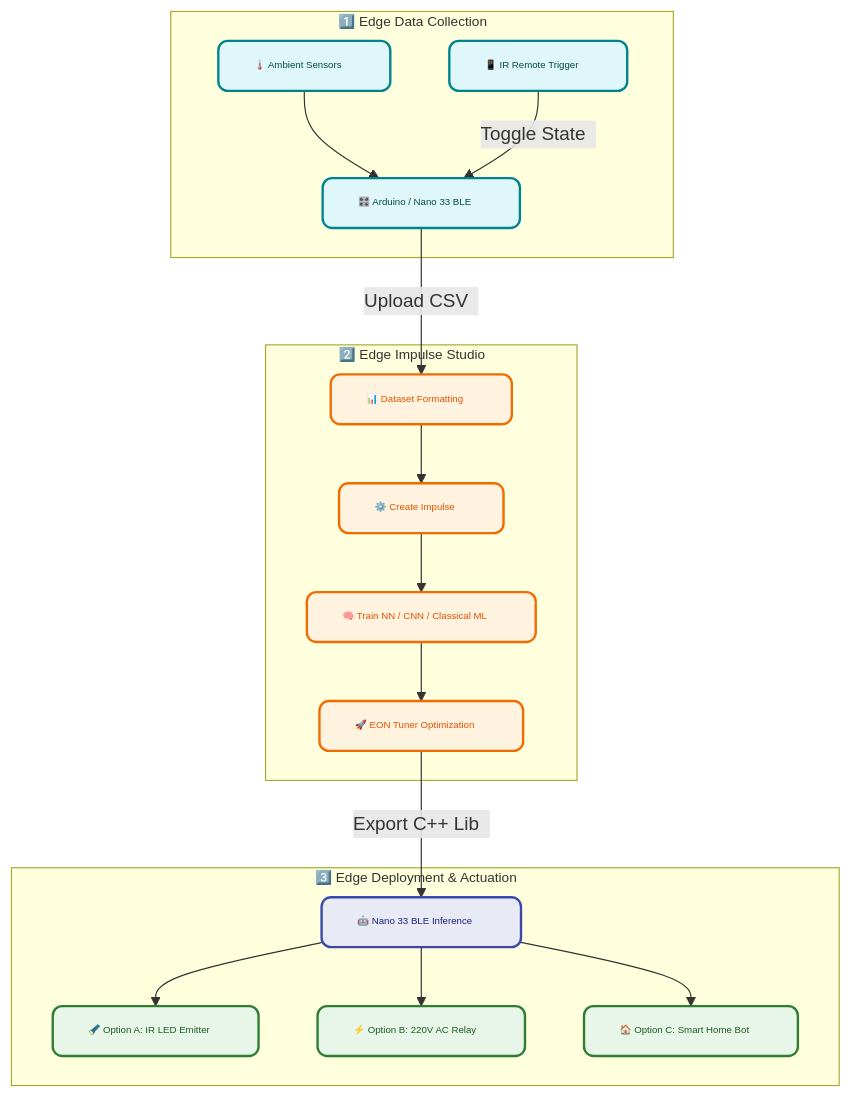
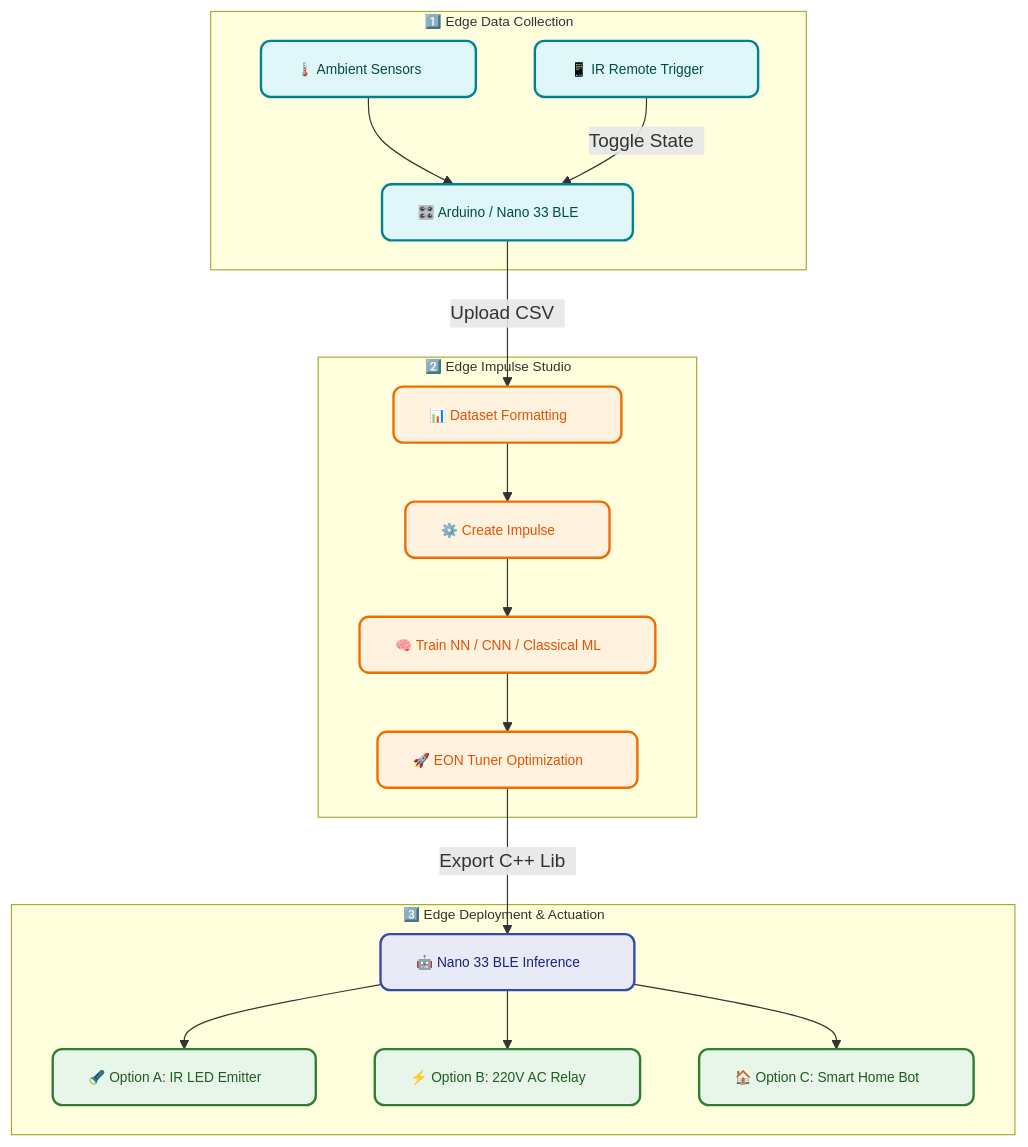
The second of 2 diagrams in README.md (antor44/Acquisition4microcontrollers), drawn with Mermaid before and after one commit. The commit also changed other lines of this file, not shown here.

````diff
--- a/README.md
+++ b/README.md
@@ -128,34 +128,34 @@
 ```mermaid
 flowchart TD
     subgraph Phase1 ["1️⃣ Edge Data Collection&nbsp;&nbsp;&nbsp;&nbsp;&nbsp;"]
         S["🌡️ Ambient Sensors&nbsp;&nbsp;&nbsp;&nbsp;&nbsp;"] --> MCU1["🎛️ Arduino / Nano 33 BLE&nbsp;&nbsp;&nbsp;&nbsp;&nbsp;"]
         IR["📱 IR Remote Trigger&nbsp;&nbsp;&nbsp;&nbsp;&nbsp;"] -->|"Toggle State&nbsp;&nbsp;"| MCU1
     end
 
     subgraph Phase2 ["2️⃣ Edge Impulse Studio&nbsp;&nbsp;&nbsp;&nbsp;&nbsp;"]
         MCU1 -->|"Upload CSV&nbsp;&nbsp;"| EI_D["📊 Dataset Formatting&nbsp;&nbsp;&nbsp;&nbsp;&nbsp;"]
         EI_D --> EI_I["⚙️ Create Impulse&nbsp;&nbsp;&nbsp;&nbsp;&nbsp;"]
         EI_I --> EI_T["🧠 Train NN / CNN / Classical ML&nbsp;&nbsp;&nbsp;&nbsp;&nbsp;"]
         EI_T --> EI_O["🚀 EON Tuner Optimization&nbsp;&nbsp;&nbsp;&nbsp;&nbsp;"]
     end
 
     subgraph Phase3 ["3️⃣ Edge Deployment & Actuation&nbsp;&nbsp;&nbsp;&nbsp;&nbsp;"]
         EI_O -->|"Export C++ Lib&nbsp;&nbsp;"| MCU2["🤖 Nano 33 BLE Inference&nbsp;&nbsp;&nbsp;&nbsp;&nbsp;"]
         MCU2 --> ACT1["🔦 Option A: IR LED Emitter&nbsp;&nbsp;&nbsp;&nbsp;&nbsp;"]
         MCU2 --> ACT2["⚡ Option B: 220V AC Relay&nbsp;&nbsp;&nbsp;&nbsp;&nbsp;"]
         MCU2 --> ACT3["🏠 Option C: Smart Home Bot&nbsp;&nbsp;&nbsp;&nbsp;&nbsp;"]
     end
 
-    classDef default font-size:80%;
-    classDef edge fill:#e0f7fa,stroke:#00838f,stroke-width:2px,color:#004d40,font-size:80%,rx:8px,ry:8px;
-    classDef cloud fill:#fff3e0,stroke:#ef6c00,stroke-width:2px,color:#e65100,font-size:80%,rx:8px,ry:8px;
-    classDef deploy fill:#e8eaf6,stroke:#3949ab,stroke-width:2px,color:#1a237e,font-size:80%,rx:8px,ry:8px;
-    classDef actuator fill:#e8f5e9,stroke:#2e7d32,stroke-width:2px,color:#1b5e20,font-size:80%,rx:8px,ry:8px;
+    classDef default font-size:90%;
+    classDef edge fill:#e0f7fa,stroke:#00838f,stroke-width:2px,color:#004d40,font-size:90%,rx:8px,ry:8px;
+    classDef cloud fill:#fff3e0,stroke:#ef6c00,stroke-width:2px,color:#e65100,font-size:90%,rx:8px,ry:8px;
+    classDef deploy fill:#e8eaf6,stroke:#3949ab,stroke-width:2px,color:#1a237e,font-size:90%,rx:8px,ry:8px;
+    classDef actuator fill:#e8f5e9,stroke:#2e7d32,stroke-width:2px,color:#1b5e20,font-size:90%,rx:8px,ry:8px;
     classDef subStyle font-size:85%;
 
     class S,IR,MCU1 edge;
     class EI_D,EI_I,EI_T,EI_O cloud;
     class MCU2 deploy;
     class ACT1,ACT2,ACT3 actuator;
     class Phase1,Phase2,Phase3 subStyle;
 ```
````
